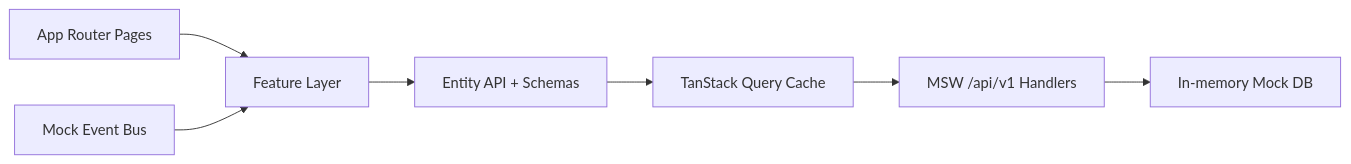
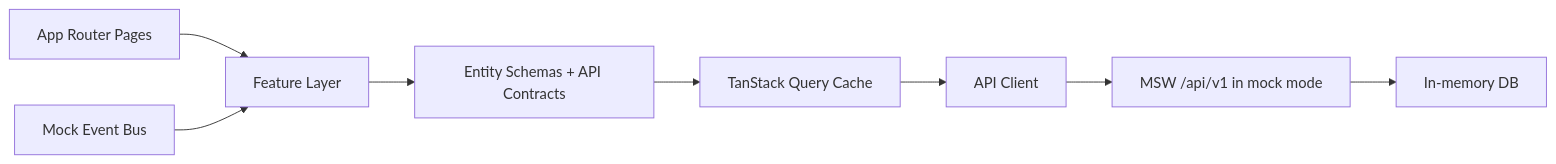
Before and after one commit to alekator/accessops: the diagram in README.md, drawn with Mermaid. The commit also changed other lines of this file, not shown here.

````diff
--- a/README.md
+++ b/README.md
@@ -169,9 +155,10 @@
 ```mermaid
 flowchart LR
     UI[App Router Pages] --> F[Feature Layer]
-    F --> E[Entity API + Schemas]
+    F --> E[Entity Schemas + API Contracts]
     E --> Q[TanStack Query Cache]
-    Q --> M[MSW /api/v1 Handlers]
-    M --> DB[In-memory Mock DB]
+    Q --> API[API Client]
+    API --> M[MSW /api/v1 in mock mode]
+    M --> DB[In-memory DB]
     WS[Mock Event Bus] --> F
 ```
````
